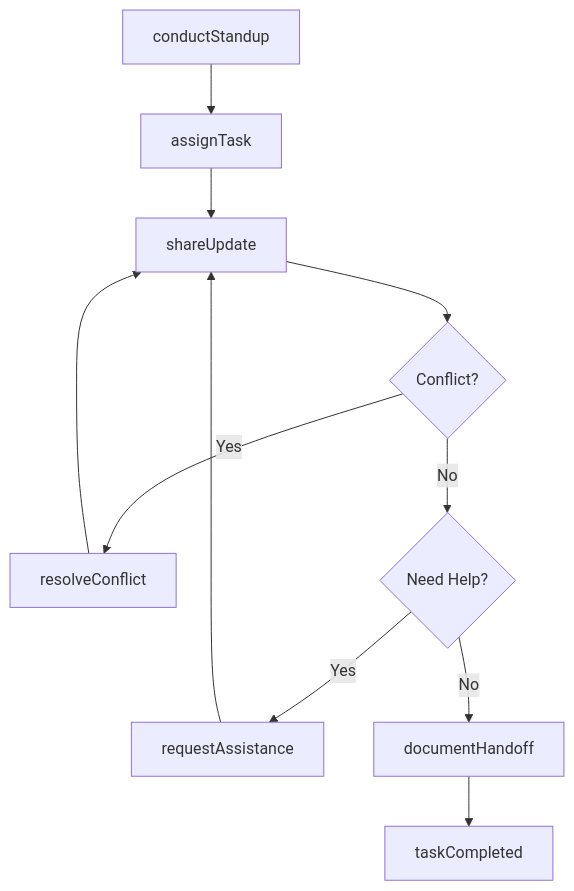
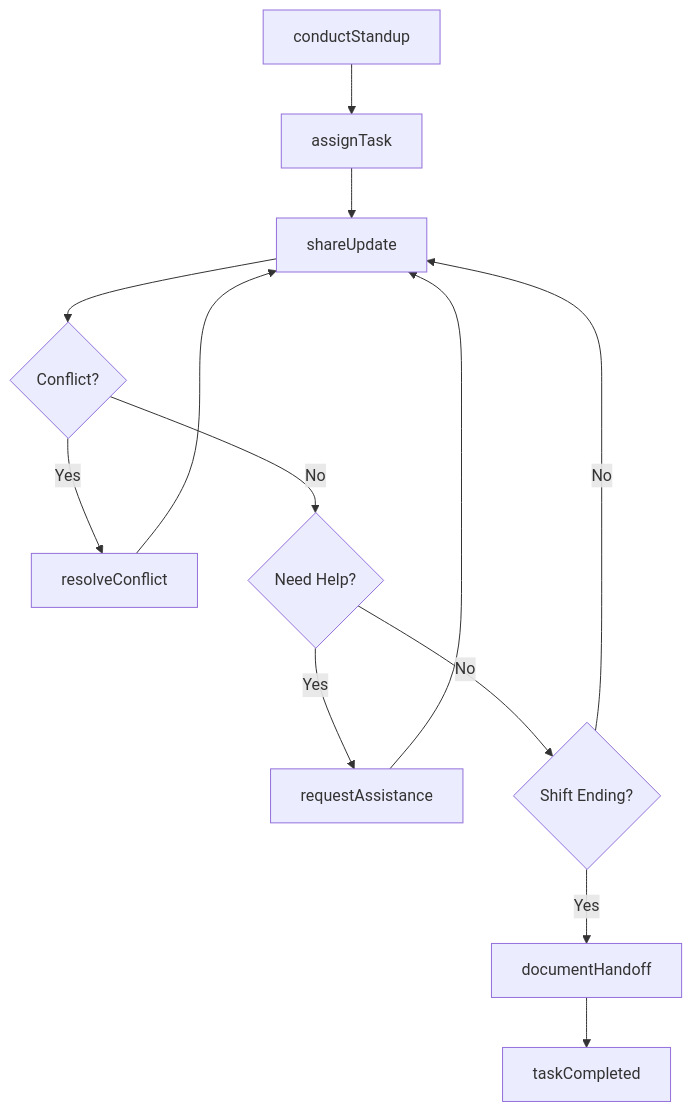
The third of 4 diagrams in CommunicatingWithSupervisorsPeersOrSubordinates/CommunicateWithOthersAboutOperationalPlansOrActivities/ConferCoworkersCoordinateWorkActivities.mdx (dot-org-ai/tasks.org.ai), drawn with Mermaid before and after one commit. The commit also changed other lines of this file and 266 other files, not shown here.

First line of the commit message:
feat: Add ER diagrams, state diagrams to wave 2 batch (251 DWA files)

````diff
--- a/CommunicatingWithSupervisorsPeersOrSubordinates/CommunicateWithOthersAboutOperationalPlansOrActivities/ConferCoworkersCoordinateWorkActivities.mdx
+++ b/CommunicatingWithSupervisorsPeersOrSubordinates/CommunicateWithOthersAboutOperationalPlansOrActivities/ConferCoworkersCoordinateWorkActivities.mdx
@@ -83,13 +111,15 @@
 ```mermaid
 graph TD
     A[conductStandup] --> B[assignTask]
     B --> C[shareUpdate]
     C --> D{Conflict?}
     D -->|Yes| E[resolveConflict]
     D -->|No| F{Need Help?}
     E --> C
     F -->|Yes| G[requestAssistance]
-    F -->|No| H[documentHandoff]
+    F -->|No| H{Shift Ending?}
     G --> C
-    H --> I[taskCompleted]
+    H -->|Yes| I[documentHandoff]
+    H -->|No| C
+    I --> J[taskCompleted]
 ```
````
